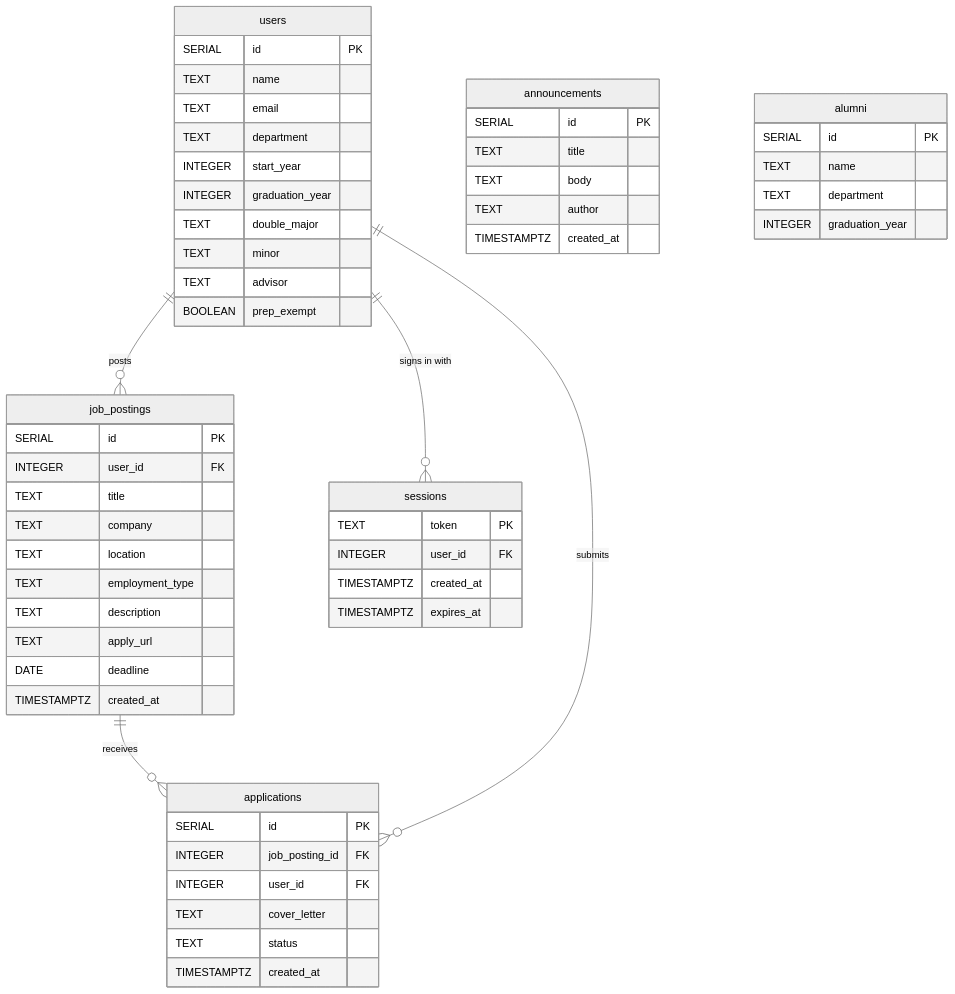
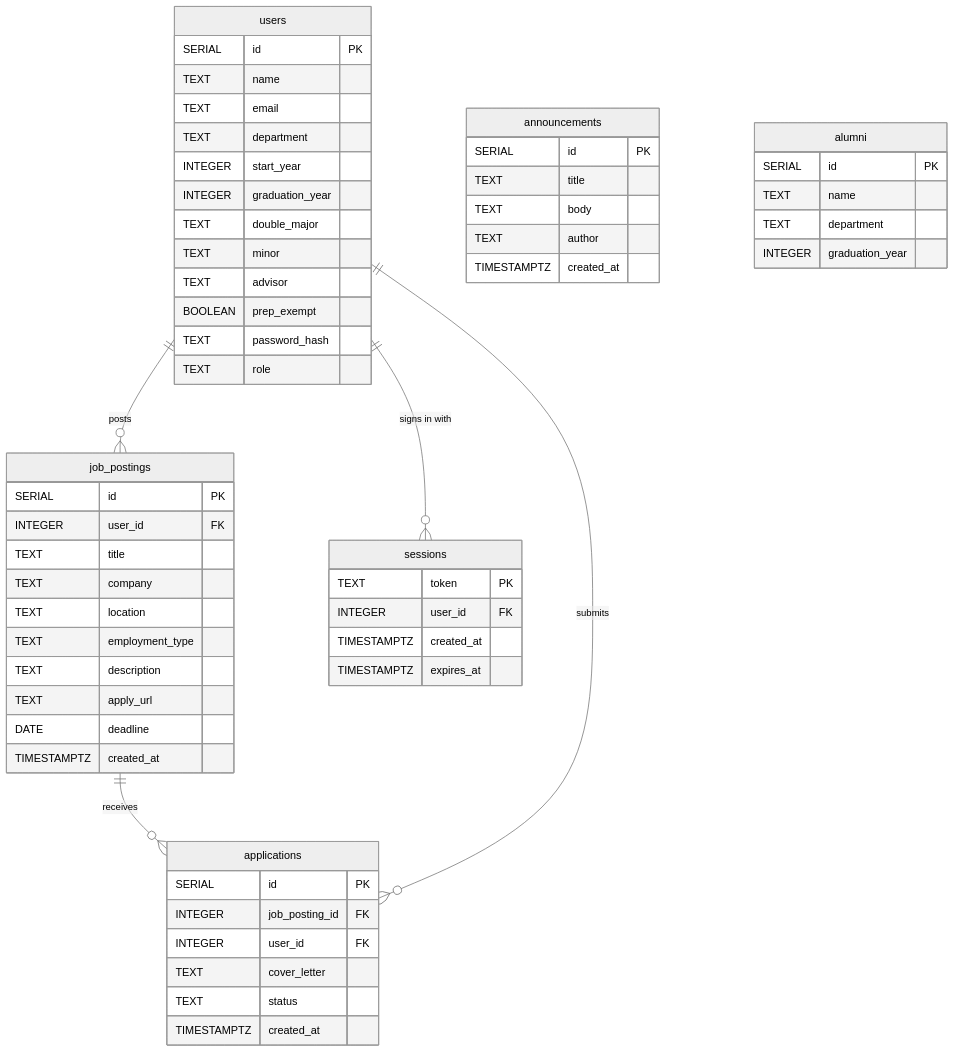
The diagram in DDD.md (rabizd/alumni), drawn with Mermaid (neutral theme) before and after one commit. The commit also changed other lines of this file, not shown here.

Commit message:
docs: DDD.md catches up with the auth data (diagram, seed, first admin)

````diff
--- a/DDD.md
+++ b/DDD.md
@@ -61,58 +61,60 @@
 ```mermaid
 erDiagram
     users {
         SERIAL id PK
         TEXT name
         TEXT email
         TEXT department
         INTEGER start_year
         INTEGER graduation_year
         TEXT double_major
         TEXT minor
         TEXT advisor
         BOOLEAN prep_exempt
+        TEXT password_hash
+        TEXT role
     }
     announcements {
         SERIAL id PK
         TEXT title
         TEXT body
         TEXT author
         TIMESTAMPTZ created_at
     }
     alumni {
         SERIAL id PK
         TEXT name
         TEXT department
         INTEGER graduation_year
     }
     job_postings {
         SERIAL id PK
         INTEGER user_id FK
         TEXT title
         TEXT company
         TEXT location
         TEXT employment_type
         TEXT description
         TEXT apply_url
         DATE deadline
         TIMESTAMPTZ created_at
     }
     applications {
         SERIAL id PK
         INTEGER job_posting_id FK
         INTEGER user_id FK
         TEXT cover_letter
         TEXT status
         TIMESTAMPTZ created_at
     }
     sessions {
         TEXT token PK
         INTEGER user_id FK
         TIMESTAMPTZ created_at
         TIMESTAMPTZ expires_at
     }
     users ||--o{ sessions : "signs in with"
     users ||--o{ job_postings : posts
     job_postings ||--o{ applications : receives
     users ||--o{ applications : submits
 ```
````
